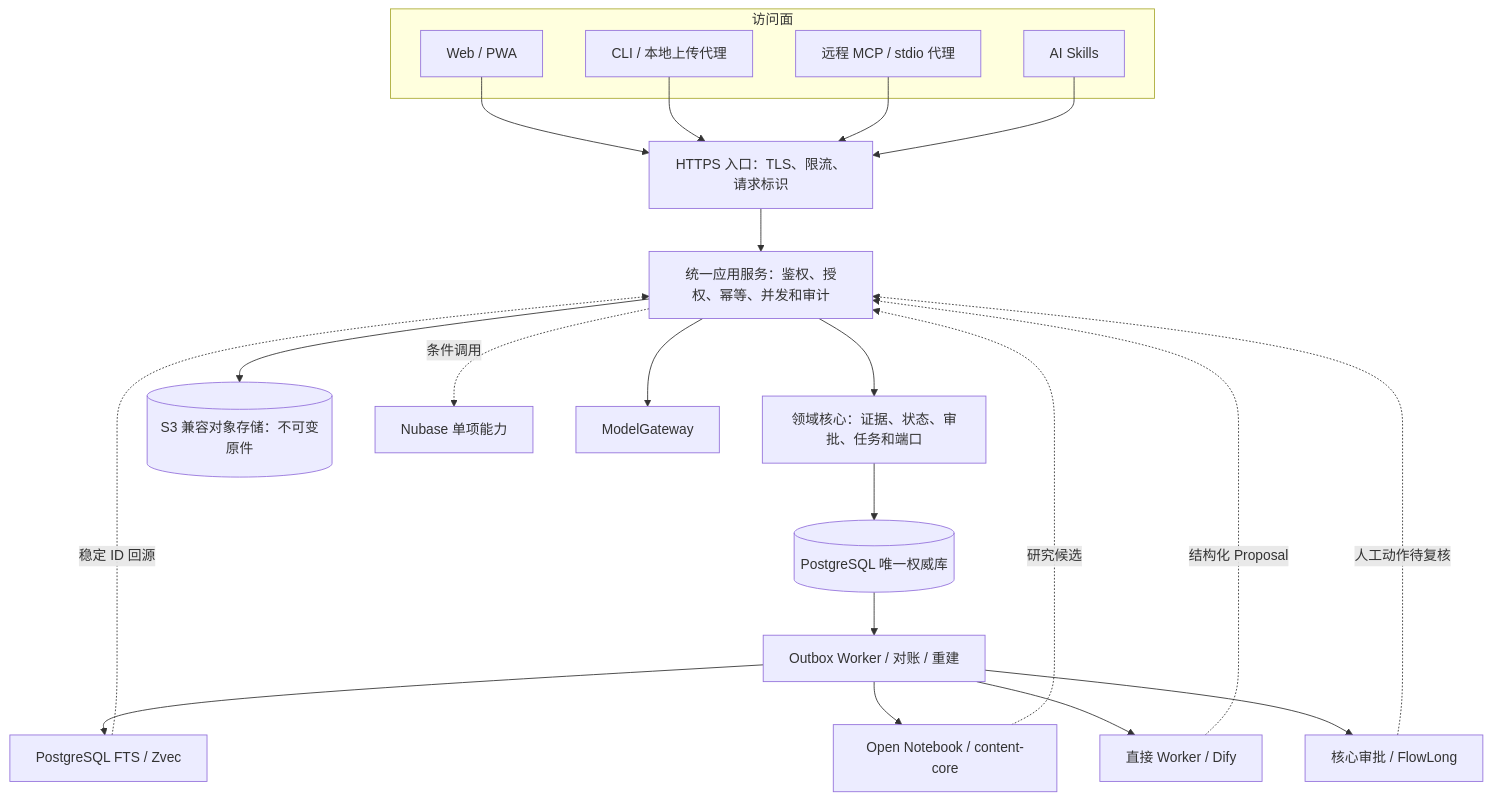
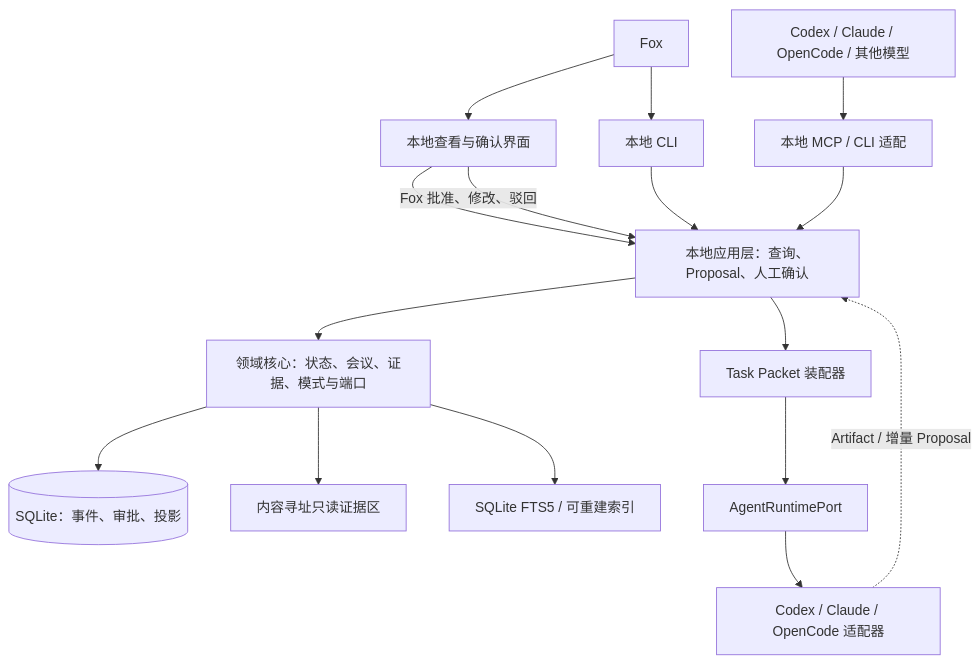
One commit to xingranya/fox changed the diagram in docs/plan/architecture-and-contracts.md. Above: the diagram before and after it, drawn with Mermaid. The commit also changed other lines of this file and 41 other files, not shown here.

````diff
--- a/docs/plan/architecture-and-contracts.md
+++ b/docs/plan/architecture-and-contracts.md
@@ -26,38 +50,22 @@
 ```mermaid
 flowchart TB
-    subgraph A_CLIENTS["访问面"]
-        A_WEB["Web / PWA"]
-        A_CLI["CLI / 本地上传代理"]
-        A_MCP["远程 MCP / stdio 代理"]
-        A_SKILLS["AI Skills"]
-    end
+    FOX["Fox"] --> UI["本地查看与确认界面"]
+    FOX --> CLI["本地 CLI"]
+    AI["Codex / Claude / OpenCode / 其他模型"] --> MCP["本地 MCP / CLI 适配"]
 
-    A_EDGE["HTTPS 入口：TLS、限流、请求标识"]
-    A_API["统一应用服务：鉴权、授权、幂等、并发和审计"]
-    A_CORE["领域核心：证据、状态、审批、任务和端口"]
-    A_PG[("PostgreSQL 唯一权威库")]
-    A_S3[("S3 兼容对象存储：不可变原件")]
-    A_WORKER["Outbox Worker / 对账 / 重建"]
+    UI --> APP["本地应用层：查询、Proposal、人工确认"]
+    CLI --> APP
+    MCP --> APP
+    APP --> CORE["领域核心：状态、会议、证据、模式与端口"]
 
-    A_WEB --> A_EDGE
-    A_CLI --> A_EDGE
-    A_MCP --> A_EDGE
-    A_SKILLS --> A_EDGE
-    A_EDGE --> A_API
-    A_API --> A_CORE
-    A_CORE --> A_PG
-    A_API --> A_S3
-    A_PG --> A_WORKER
+    CORE --> DB[("SQLite：事件、审批、投影")]
+    CORE --> EVIDENCE["内容寻址只读证据区"]
+    CORE --> SEARCH["SQLite FTS5 / 可重建索引"]
 
-    A_WORKER --> A_SEARCH["PostgreSQL FTS / Zvec"]
-    A_WORKER --> A_NOTEBOOK["Open Notebook / content-core"]
-    A_WORKER --> A_DIFY["直接 Worker / Dify"]
-    A_WORKER --> A_FLOW["核心审批 / FlowLong"]
-    A_API -. "条件调用" .-> A_NUBASE["Nubase 单项能力"]
-    A_API --> A_MODEL["ModelGateway"]
+    APP --> PACKET["Task Packet 装配器"]
+    PACKET --> RUNTIME["AgentRuntimePort"]
+    RUNTIME --> ADAPTERS["Codex / Claude / OpenCode 适配器"]
+    ADAPTERS -. "Artifact / 增量 Proposal" .-> APP
 
-    A_SEARCH -. "稳定 ID 回源" .-> A_API
-    A_NOTEBOOK -. "研究候选" .-> A_API
-    A_DIFY -. "结构化 Proposal" .-> A_API
-    A_FLOW -. "人工动作待复核" .-> A_API
+    UI -->|"Fox 批准、修改、驳回"| APP
 ```
````
